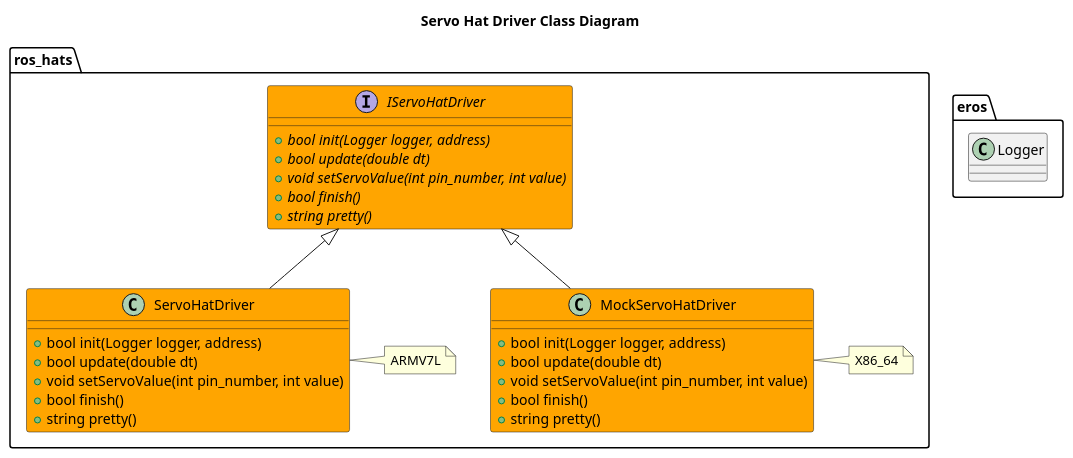
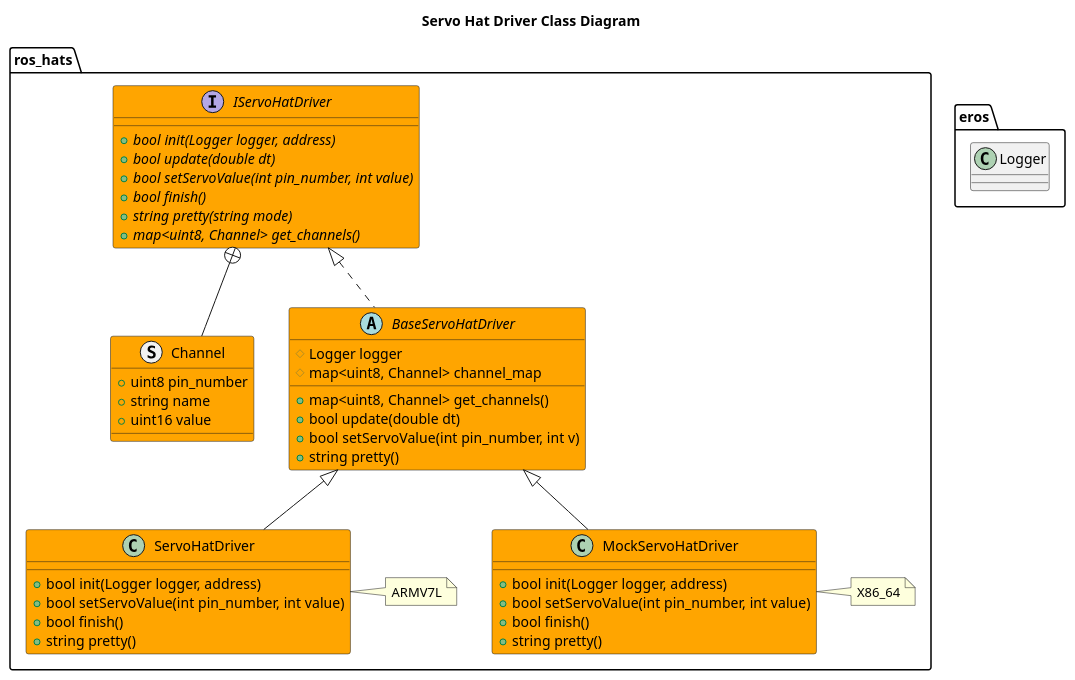
One commit to dgitz/ros_hats changed the diagram in nodes/ServoHatNode/driver/doc/ServoHatDriverClassDiagram.puml. Above: the diagram before and after it, drawn with PlantUML. The commit also changed 15 other files, not shown here.

```diff
--- a/nodes/ServoHatNode/driver/doc/ServoHatDriverClassDiagram.puml
+++ b/nodes/ServoHatNode/driver/doc/ServoHatDriverClassDiagram.puml
@@ -1,39 +1,53 @@
 @startuml
 title Servo Hat Driver Class Diagram
 package eros {
     class Logger
 }
 namespace ros_hats{
+struct Channel #Orange {
+    +uint8 pin_number
+    +string name
+    +uint16 value
+}
 interface IServoHatDriver #Orange {
     +{abstract} bool init(Logger logger, address)
     +{abstract} bool update(double dt)
-    +{abstract} void setServoValue(int pin_number, int value)
+    +{abstract} bool setServoValue(int pin_number, int value)
     +{abstract} bool finish()
-    +{abstract} string pretty()
+    +{abstract} string pretty(string mode)
+    +{abstract} map<uint8, Channel> get_channels()
 
 }
+IServoHatDriver +-- Channel
+abstract BaseServoHatDriver #Orange {
+    +map<uint8, Channel> get_channels()
+    +bool update(double dt)
+    +bool setServoValue(int pin_number, int v) 
+    +string pretty()
+    #Logger logger
+    #map<uint8, Channel> channel_map
+}
+IServoHatDriver <|.. BaseServoHatDriver
 class ServoHatDriver #Orange {
     +bool init(Logger logger, address)
-    +bool update(double dt)
-    +void setServoValue(int pin_number, int value)
+    +bool setServoValue(int pin_number, int value)
     +bool finish()
     +string pretty()
 }
 note right of ServoHatDriver 
 ARMV7L
 end note
-IServoHatDriver <|-- ServoHatDriver
+BaseServoHatDriver <|-- ServoHatDriver
 class MockServoHatDriver #Orange {
     +bool init(Logger logger, address)
-    +bool update(double dt)
-    +void setServoValue(int pin_number, int value)
+    +bool setServoValue(int pin_number, int value)
     +bool finish()
     +string pretty()
 
 }
 note right of MockServoHatDriver 
 X86_64
 end note
-IServoHatDriver <|-- MockServoHatDriver
+BaseServoHatDriver <|-- MockServoHatDriver
 }
 @enduml
```
